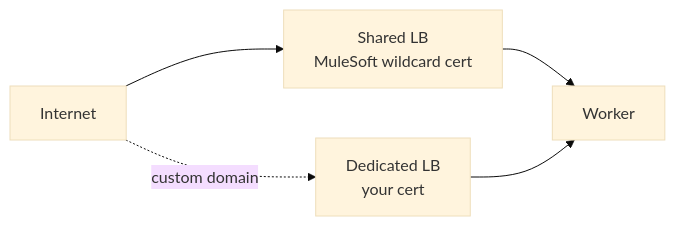
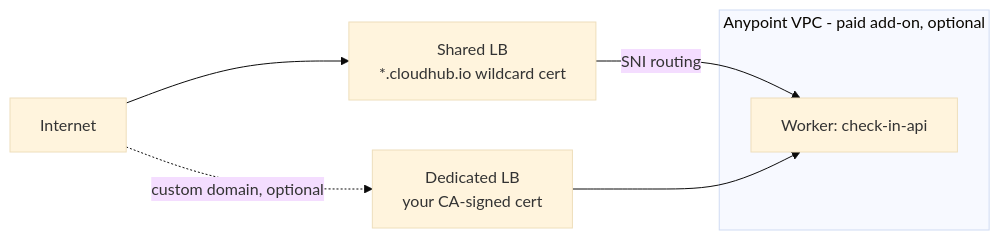
The second of 4 diagrams in concepts/16-cloudhub-rtf-deployment-targets.md (Hands-On-Project-Lab/MuleSoft-Hands-On), drawn with Mermaid (base theme) before and after one commit. The commit also changed other lines of this file and 1 other file, not shown here.

````diff
--- a/concepts/16-cloudhub-rtf-deployment-targets.md
+++ b/concepts/16-cloudhub-rtf-deployment-targets.md
@@ -17,5 +33,9 @@
 ```mermaid
 flowchart LR
-  I[Internet] --> LB[Shared LB<br/>MuleSoft wildcard cert] --> W[Worker]
-  I -.custom domain.-> DLB[Dedicated LB<br/>your cert] --> W
+  I[Internet] --> LB[Shared LB<br/>*.cloudhub.io wildcard cert]
+  LB -->|SNI routing| W[Worker: check-in-api]
+  I -.custom domain, optional.-> DLB[Dedicated LB<br/>your CA-signed cert] --> W
+  subgraph VPC[Anypoint VPC - paid add-on, optional]
+    W
+  end
 ```
````
